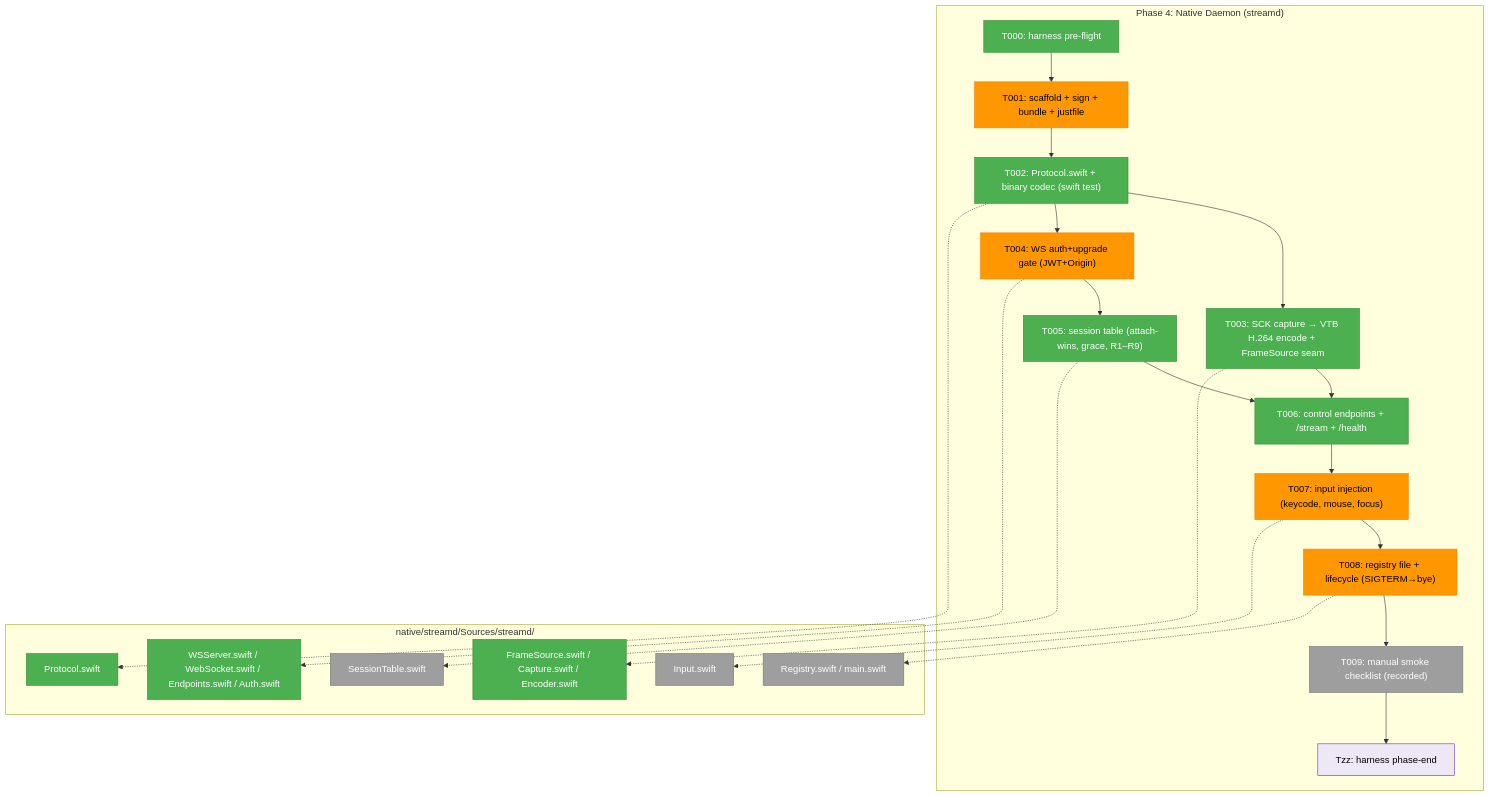
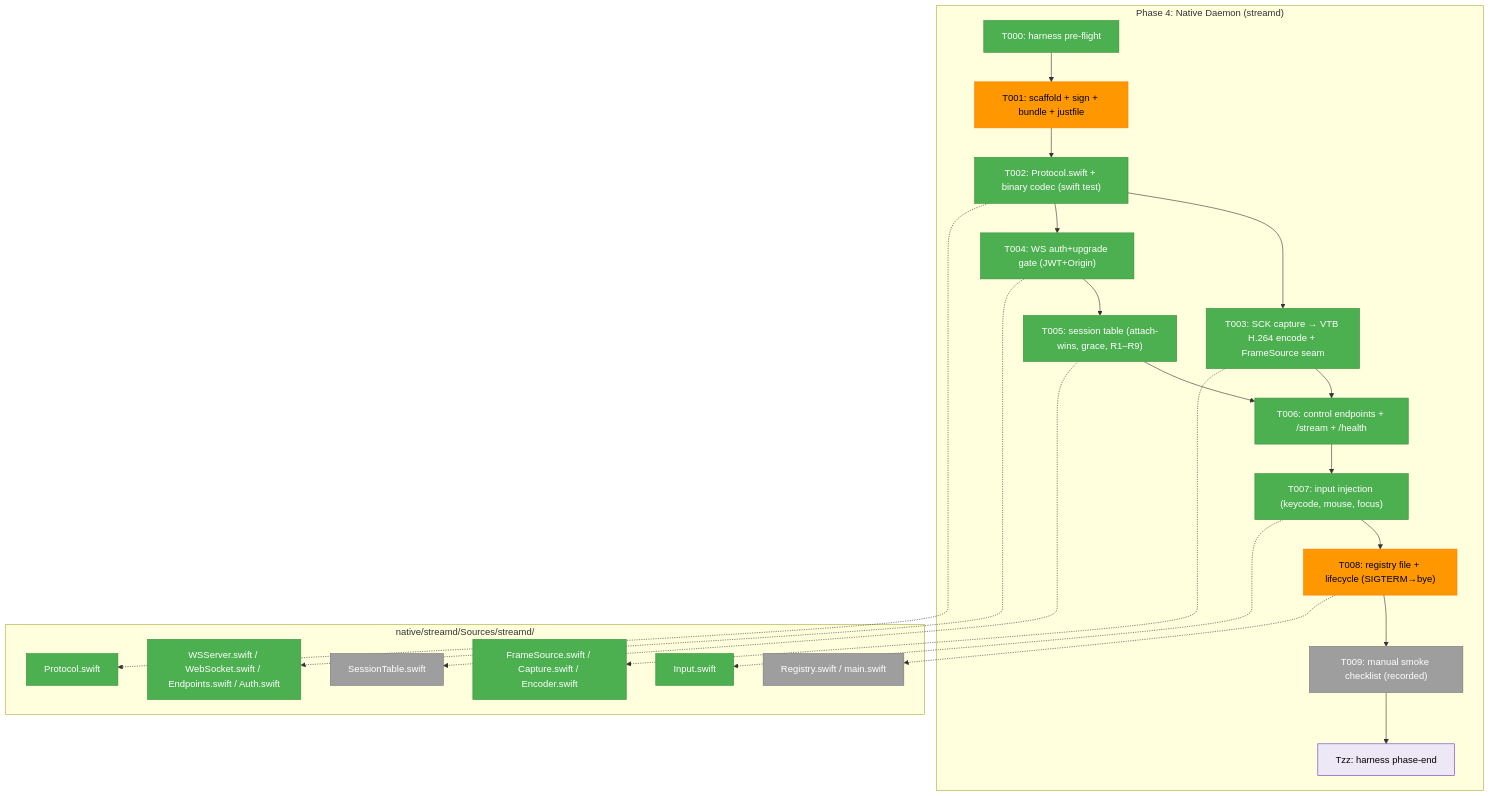
The first of 3 diagrams in docs/plans/088-remote-app-view/tasks/phase-4-native-daemon-swift/tasks.md (AI-Substrate/chainglass), drawn with Mermaid before and after one commit. The commit also changed other lines of this file and 4 other files, not shown here.

````diff
--- a/docs/plans/088-remote-app-view/tasks/phase-4-native-daemon-swift/tasks.md
+++ b/docs/plans/088-remote-app-view/tasks/phase-4-native-daemon-swift/tasks.md
@@ -112,42 +112,42 @@
 ```mermaid
 flowchart TD
     classDef pending fill:#9E9E9E,stroke:#757575,color:#fff
     classDef seam fill:#EDE7F6,stroke:#673AB7,color:#000
     classDef test fill:#E3F2FD,stroke:#1976D2,color:#000
     classDef completed fill:#4CAF50,stroke:#388E3C,color:#fff
     classDef inprogress fill:#FF9800,stroke:#F57C00,color:#000
 
     subgraph Phase["Phase 4: Native Daemon (streamd)"]
         T000["T000: harness pre-flight"]:::completed
         T001["T001: scaffold + sign + bundle + justfile"]:::inprogress
         T002["T002: Protocol.swift + binary codec (swift test)"]:::completed
         T003["T003: SCK capture → VTB H.264 encode + FrameSource seam"]:::completed
-        T004["T004: WS auth+upgrade gate (JWT+Origin)"]:::inprogress
+        T004["T004: WS auth+upgrade gate (JWT+Origin)"]:::completed
         T005["T005: session table (attach-wins, grace, R1–R9)"]:::completed
         T006["T006: control endpoints + /stream + /health"]:::completed
-        T007["T007: input injection (keycode, mouse, focus)"]:::inprogress
+        T007["T007: input injection (keycode, mouse, focus)"]:::completed
         T008["T008: registry file + lifecycle (SIGTERM→bye)"]:::inprogress
         T009["T009: manual smoke checklist (recorded)"]:::pending
         Tzz["Tzz: harness phase-end"]:::seam
         T000 --> T001 --> T002 --> T003
         T002 --> T004 --> T005 --> T006
         T003 --> T006
         T006 --> T007 --> T008 --> T009 --> Tzz
     end
 
     subgraph Sources["native/streamd/Sources/streamd/"]
         F1["Protocol.swift"]:::completed
         F2["FrameSource.swift / Capture.swift / Encoder.swift"]:::completed
         F3["WSServer.swift / WebSocket.swift / Endpoints.swift / Auth.swift"]:::completed
         F4["SessionTable.swift"]:::pending
-        F5["Input.swift"]:::pending
+        F5["Input.swift"]:::completed
         F6["Registry.swift / main.swift"]:::pending
     end
 
     T002 -.-> F1
     T003 -.-> F2
     T004 -.-> F3
     T005 -.-> F4
     T007 -.-> F5
     T008 -.-> F6
 ```
````
